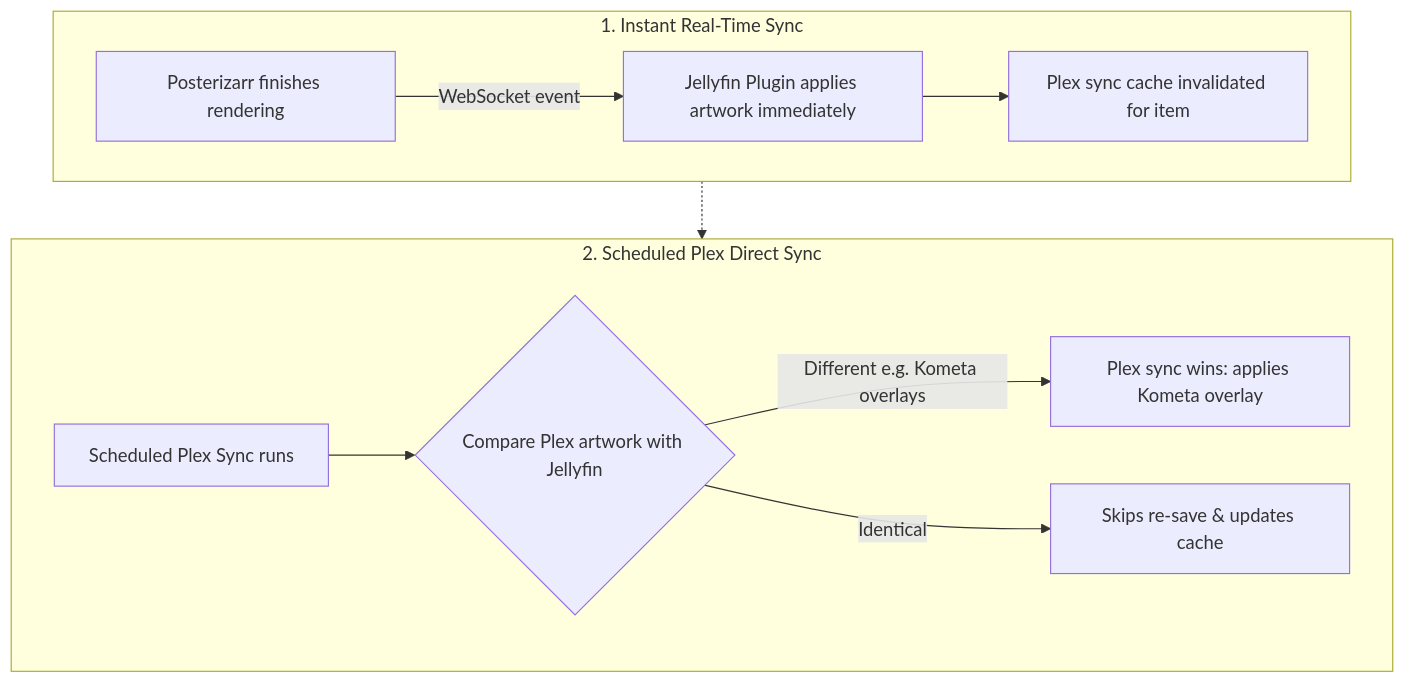
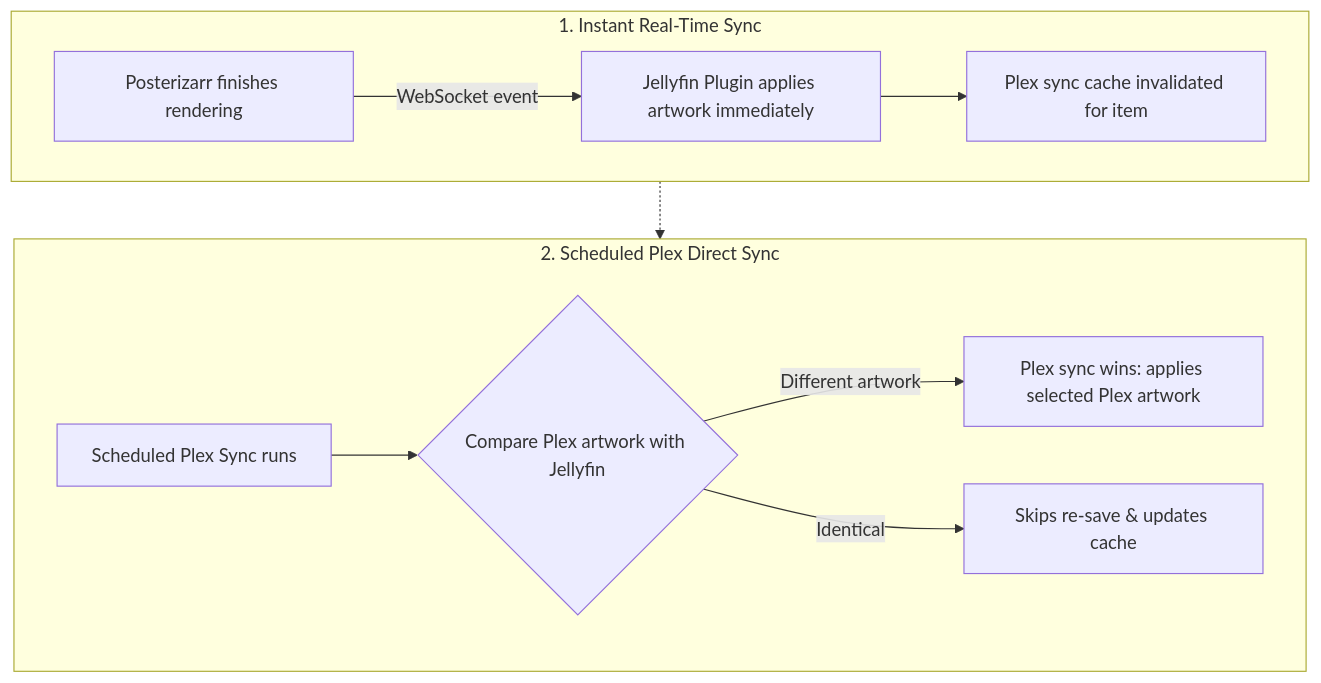
Before and after one commit to fscorrupt/posterizarr: the first of 2 diagrams in docs/jellyfin_plugin.md, drawn with Mermaid. The commit also changed other lines of this file and 13 other files, not shown here.

First line of the commit message:
Clarify native overlays and optional Kometa use

````diff
--- a/docs/jellyfin_plugin.md
+++ b/docs/jellyfin_plugin.md
@@ -68,15 +73,15 @@
 ```mermaid
 flowchart TD
     subgraph Instant["1. Instant Real-Time Sync"]
         A[Posterizarr finishes rendering] -->|WebSocket event| B[Jellyfin Plugin applies artwork immediately]
         B --> C[Plex sync cache invalidated for item]
     end
 
     subgraph Scheduled["2. Scheduled Plex Direct Sync"]
         D[Scheduled Plex Sync runs] --> E{Compare Plex artwork with Jellyfin}
-        E -->|Different e.g. Kometa overlays| F[Plex sync wins: applies Kometa overlay]
+        E -->|Different artwork| F[Plex sync wins: applies selected Plex artwork]
         E -->|Identical| G[Skips re-save & updates cache]
     end
 
     Instant -.-> Scheduled
 ```
````
